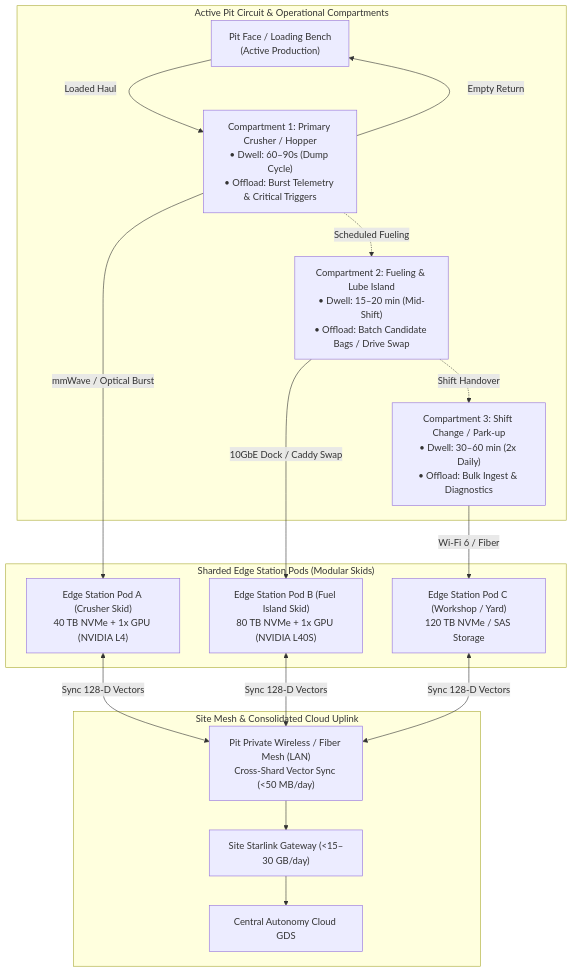
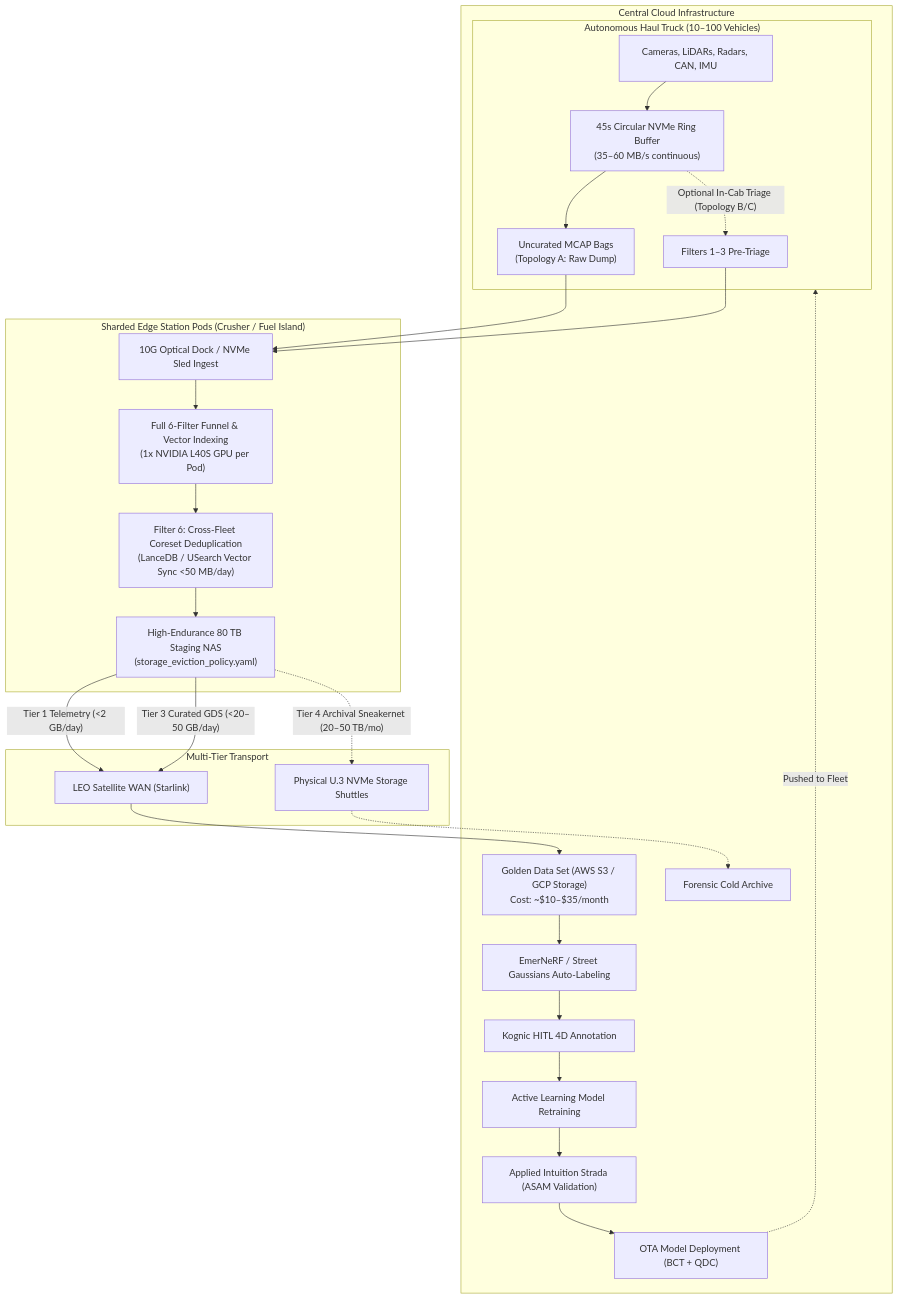
One commit to johwes/edge-data changed the second of 2 diagrams in docs/golden_data_set_architecture.md. Above: the diagram before and after it, drawn with Mermaid. The commit also changed other lines of this file and 1 other file, not shown here.

First line of the commit message:
Streamline Master Architecture and create Specification 00 index

````diff
--- a/docs/golden_data_set_architecture.md
+++ b/docs/golden_data_set_architecture.md
@@ -204,35 +88,33 @@
 ```mermaid
 flowchart TD
-    subgraph Circuit ["Active Pit Circuit & Operational Compartments"]
-        Pit["Pit Face / Loading Bench<br>(Active Production)"]
-        Crusher["Compartment 1: Primary Crusher / Hopper<br>• Dwell: 60–90s (Dump Cycle)<br>• Offload: Burst Telemetry & Critical Triggers"]
-        FuelBay["Compartment 2: Fueling & Lube Island<br>• Dwell: 15–20 min (Mid-Shift)<br>• Offload: Batch Candidate Bags / Drive Swap"]
-        Parkup["Compartment 3: Shift Change / Park-up<br>• Dwell: 30–60 min (2x Daily)<br>• Offload: Bulk Ingest & Diagnostics"]
-        
-        Pit -->|"Loaded Haul"| Crusher
-        Crusher -->|"Empty Return"| Pit
-        Crusher -.->|"Scheduled Fueling"| FuelBay
-        FuelBay -.->|"Shift Handover"| Parkup
+    subgraph Vehicle ["Autonomous Haul Truck (10–100 Vehicles)"]
+        Sensors["Cameras, LiDARs, Radars, CAN, IMU"] --> RingBuf["45s Circular NVMe Ring Buffer<br>(35–60 MB/s continuous)"]
+        RingBuf --> DumbDump["Uncurated MCAP Bags<br>(Topology A: Raw Dump)"]
+        RingBuf -.->|"Optional In-Cab Triage (Topology B/C)"| OnboardTriage["Filters 1–3 Pre-Triage"]
     end
 
-    subgraph Shards ["Sharded Edge Station Pods (Modular Skids)"]
-        Pod_Crusher["Edge Station Pod A (Crusher Skid)<br>40 TB NVMe + 1x GPU (NVIDIA L4)"]
-        Pod_Fuel["Edge Station Pod B (Fuel Island Skid)<br>80 TB NVMe + 1x GPU (NVIDIA L40S)"]
-        Pod_Shop["Edge Station Pod C (Workshop / Yard)<br>120 TB NVMe / SAS Storage"]
+    subgraph StationPods ["Sharded Edge Station Pods (Crusher / Fuel Island)"]
+        DumbDump --> Ingest["10G Optical Dock / NVMe Sled Ingest"]
+        OnboardTriage --> Ingest
+        Ingest --> PodTriage["Full 6-Filter Funnel & Vector Indexing<br>(1x NVIDIA L40S GPU per Pod)"]
+        PodTriage --> Coreset["Filter 6: Cross-Fleet Coreset Deduplication<br>(LanceDB / USearch Vector Sync <50 MB/day)"]
+        Coreset --> PodNAS["High-Endurance 80 TB Staging NAS<br>(storage_eviction_policy.yaml)"]
     end
 
-    Crusher -->|"mmWave / Optical Burst"| Pod_Crusher
-    FuelBay -->|"10GbE Dock / Caddy Swap"| Pod_Fuel
-    Parkup -->|"Wi-Fi 6 / Fiber"| Pod_Shop
+    subgraph Transport ["Multi-Tier Transport"]
+        PodNAS -->|"Tier 1 Telemetry (<2 GB/day)"| Starlink["LEO Satellite WAN (Starlink)"]
+        PodNAS -->|"Tier 3 Curated GDS (<20–50 GB/day)"| Starlink
+        PodNAS -.->|"Tier 4 Archival Sneakernet (20–50 TB/mo)"| Courier["Physical U.3 NVMe Storage Shuttles"]
+    end
 
-    subgraph Federation ["Site Mesh & Consolidated Cloud Uplink"]
-        Mesh["Pit Private Wireless / Fiber Mesh (LAN)<br>Cross-Shard Vector Sync (<50 MB/day)"]
-        Starlink["Site Starlink Gateway (<15–30 GB/day)"]
-        Cloud["Central Autonomy Cloud GDS"]
-
-        Pod_Crusher <-->|"Sync 128-D Vectors"| Mesh
-        Pod_Fuel <-->|"Sync 128-D Vectors"| Mesh
-        Pod_Shop <-->|"Sync 128-D Vectors"| Mesh
-        Mesh --> Starlink --> Cloud
+    subgraph Cloud ["Central Cloud Infrastructure"]
+        Starlink --> GDS["Golden Data Set (AWS S3 / GCP Storage)<br>Cost: ~$10–$35/month"]
+        Courier -.-> ColdArchive["Forensic Cold Archive"]
+        GDS --> AutoLabel["EmerNeRF / Street Gaussians Auto-Labeling"]
+        AutoLabel --> Kognic["Kognic HITL 4D Annotation"]
+        Kognic --> Retrain["Active Learning Model Retraining"]
+        Retrain --> Sim["Applied Intuition Strada (ASAM Validation)"]
+        Sim --> OTA["OTA Model Deployment (BCT + QDC)"]
+        OTA -.->|"Pushed to Fleet"| Vehicle
     end
 ```
````
